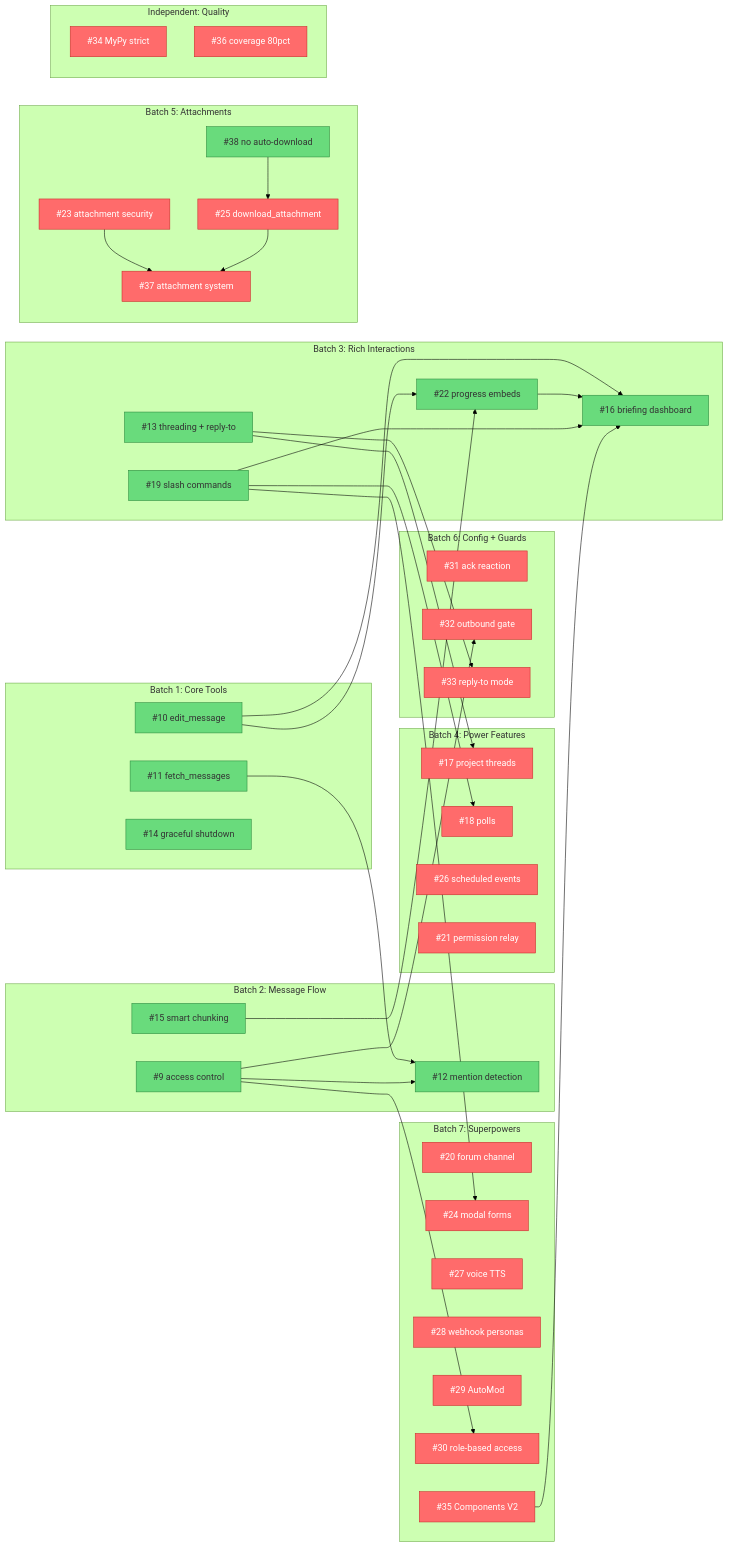
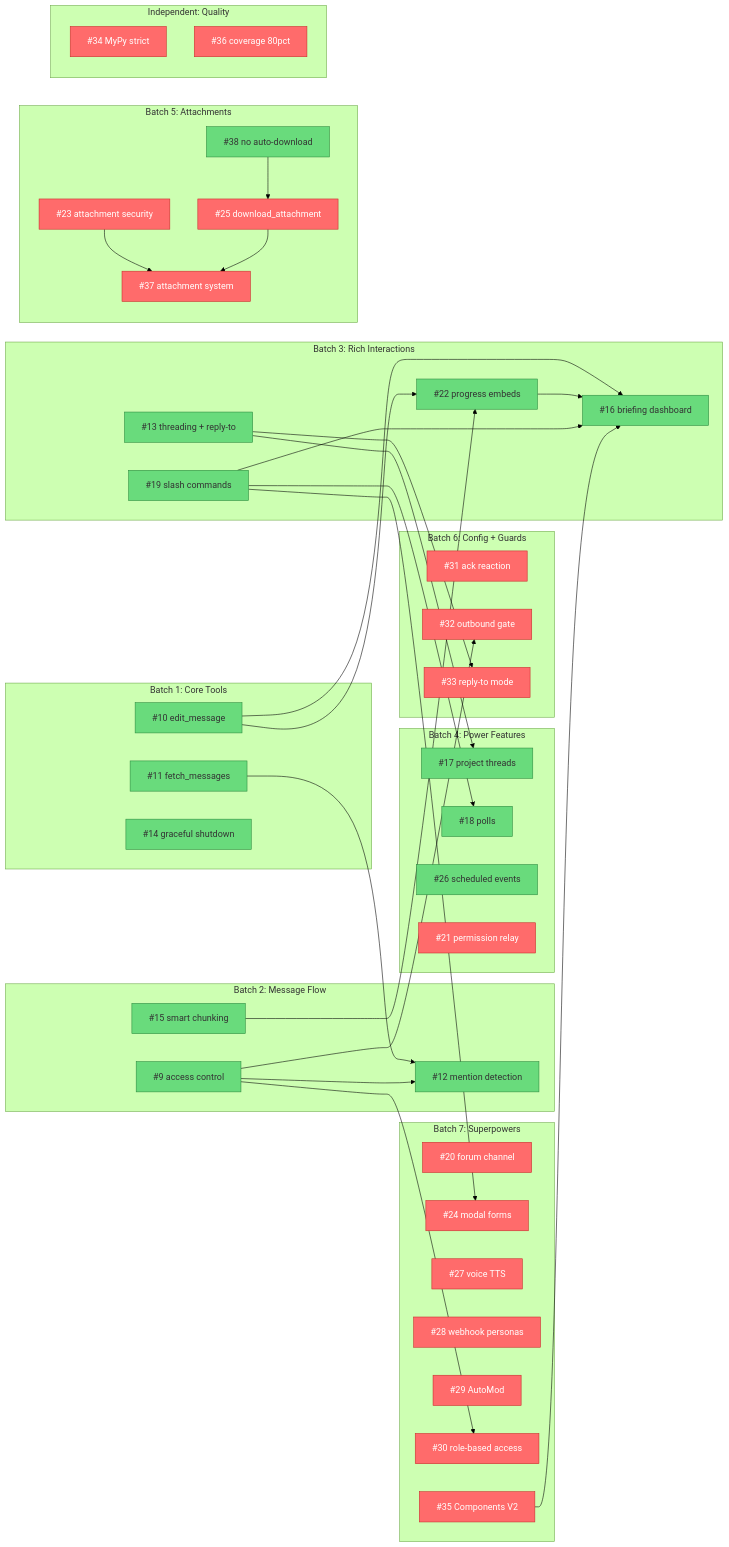
Before and after one commit to jeffrichley/pepper: the diagram in docs/ROADMAP.md, drawn with Mermaid (forest theme). The commit also changed other lines of this file, not shown here.

Commit message:
docs: mark batch 4 in roadmap (#17, #18, #26 done, #21 deferred)

````diff
--- a/docs/ROADMAP.md
+++ b/docs/ROADMAP.md
@@ -7,79 +7,79 @@
 ```mermaid
 flowchart LR
     classDef notstarted fill:#ff6b6b,stroke:#c92a2a,color:#fff
     classDef inprogress fill:#ffd43b,stroke:#e67700,color:#333
     classDef done fill:#69db7c,stroke:#2b8a3e,color:#333
 
     subgraph B1["Batch 1: Core Tools"]
         I10["#10 edit_message"]:::done
         I11["#11 fetch_messages"]:::done
         I14["#14 graceful shutdown"]:::done
     end
 
     subgraph B2["Batch 2: Message Flow"]
         I9["#9 access control"]:::done
         I12["#12 mention detection"]:::done
         I15["#15 smart chunking"]:::done
     end
 
     subgraph B3["Batch 3: Rich Interactions"]
         I13["#13 threading + reply-to"]:::done
         I22["#22 progress embeds"]:::done
         I19["#19 slash commands"]:::done
         I16["#16 briefing dashboard"]:::done
     end
 
     subgraph B4["Batch 4: Power Features"]
-        I17["#17 project threads"]:::notstarted
-        I18["#18 polls"]:::notstarted
-        I26["#26 scheduled events"]:::notstarted
+        I17["#17 project threads"]:::done
+        I18["#18 polls"]:::done
+        I26["#26 scheduled events"]:::done
         I21["#21 permission relay"]:::notstarted
     end
 
     subgraph B5["Batch 5: Attachments"]
         I38["#38 no auto-download"]:::done
         I23["#23 attachment security"]:::notstarted
         I25["#25 download_attachment"]:::notstarted
         I37["#37 attachment system"]:::notstarted
     end
 
     subgraph B6["Batch 6: Config + Guards"]
         I31["#31 ack reaction"]:::notstarted
         I32["#32 outbound gate"]:::notstarted
         I33["#33 reply-to mode"]:::notstarted
     end
 
     subgraph B7["Batch 7: Superpowers"]
         I20["#20 forum channel"]:::notstarted
         I24["#24 modal forms"]:::notstarted
         I27["#27 voice TTS"]:::notstarted
         I28["#28 webhook personas"]:::notstarted
         I29["#29 AutoMod"]:::notstarted
         I30["#30 role-based access"]:::notstarted
         I35["#35 Components V2"]:::notstarted
     end
 
     subgraph BQ["Independent: Quality"]
         I34["#34 MyPy strict"]:::notstarted
         I36["#36 coverage 80pct"]:::notstarted
     end
 
     %% Dependencies (arrow = "must complete before")
     I10 --> I22
     I10 --> I16
     I11 --> I12
     I13 --> I17
     I13 --> I33
     I9 --> I12
     I9 --> I32
     I9 --> I30
     I22 --> I16
     I19 --> I16
     I15 --> I22
     I23 --> I37
     I25 --> I37
     I19 --> I18
     I19 --> I24
     I35 --> I16
     I38 --> I25
 ```
````
